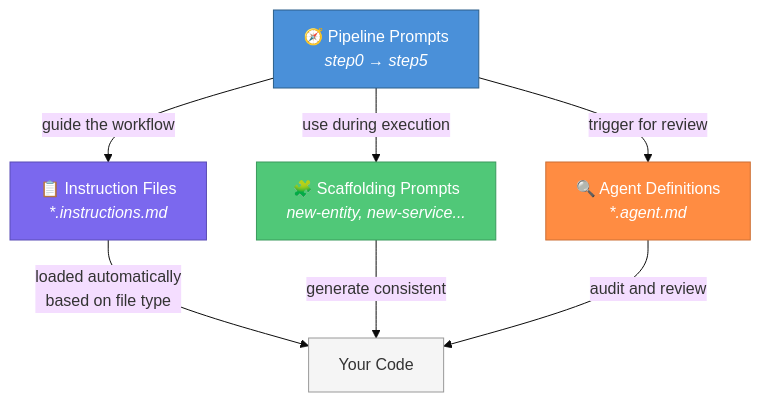
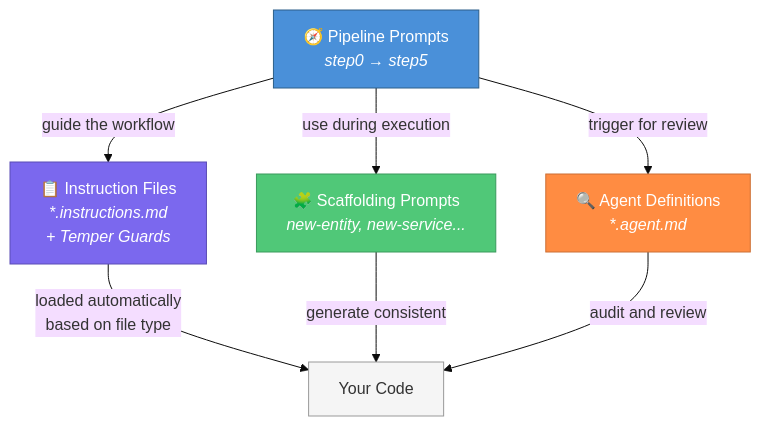
Before and after one commit to srnichols/plan-forge: the first of 2 diagrams in README.md, drawn with Mermaid (base theme). The commit also changed other lines of this file and 8 other files, not shown here.

Commit message:
chore(release): bump version to 2.18.0, CHANGELOG, doc sweep, diagram updates

````diff
--- a/README.md
+++ b/README.md
@@ -97,15 +97,15 @@
 ```mermaid
 graph TD
-    A["🧭 Pipeline Prompts<br/><i>step0 → step5</i>"] -->|guide the workflow| B["📋 Instruction Files<br/><i>*.instructions.md</i>"]
+    A["🧭 Pipeline Prompts<br/><i>step0 → step5</i>"] -->|guide the workflow| B["📋 Instruction Files<br/><i>*.instructions.md<br/>+ Temper Guards</i>"]
     A -->|use during execution| C["🧩 Scaffolding Prompts<br/><i>new-entity, new-service...</i>"]
     A -->|trigger for review| D["🔍 Agent Definitions<br/><i>*.agent.md</i>"]
     B -->|loaded automatically<br/>based on file type| E["Your Code"]
     C -->|generate consistent| E
     D -->|audit and review| E
 
     style A fill:#4A90D9,stroke:#2C5F8A,color:#fff
     style B fill:#7B68EE,stroke:#5A4CB5,color:#fff
     style C fill:#50C878,stroke:#3A9A5C,color:#fff
     style D fill:#FF8C42,stroke:#CC6F35,color:#fff
     style E fill:#F5F5F5,stroke:#999,color:#333
 ```
````
